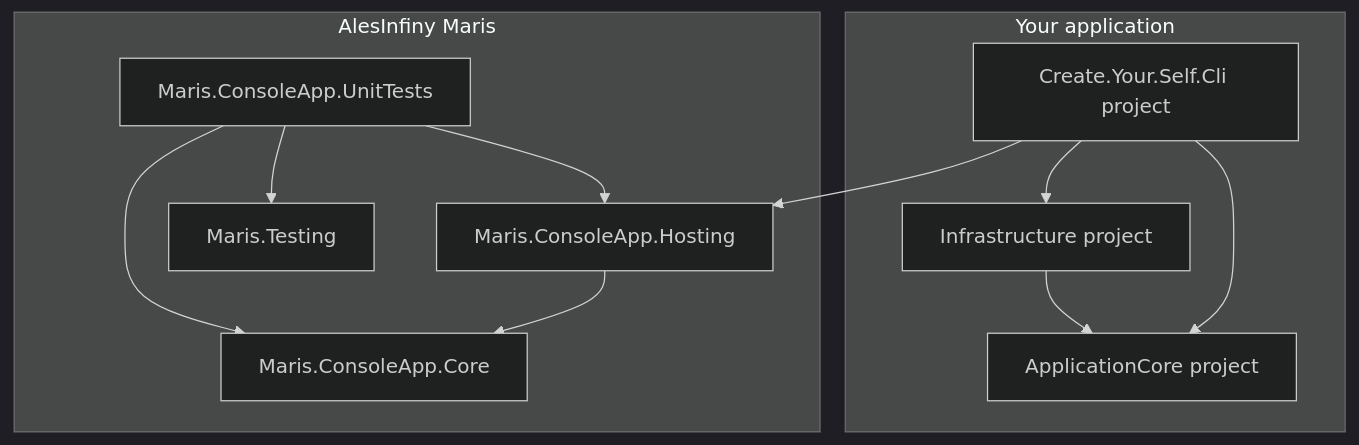
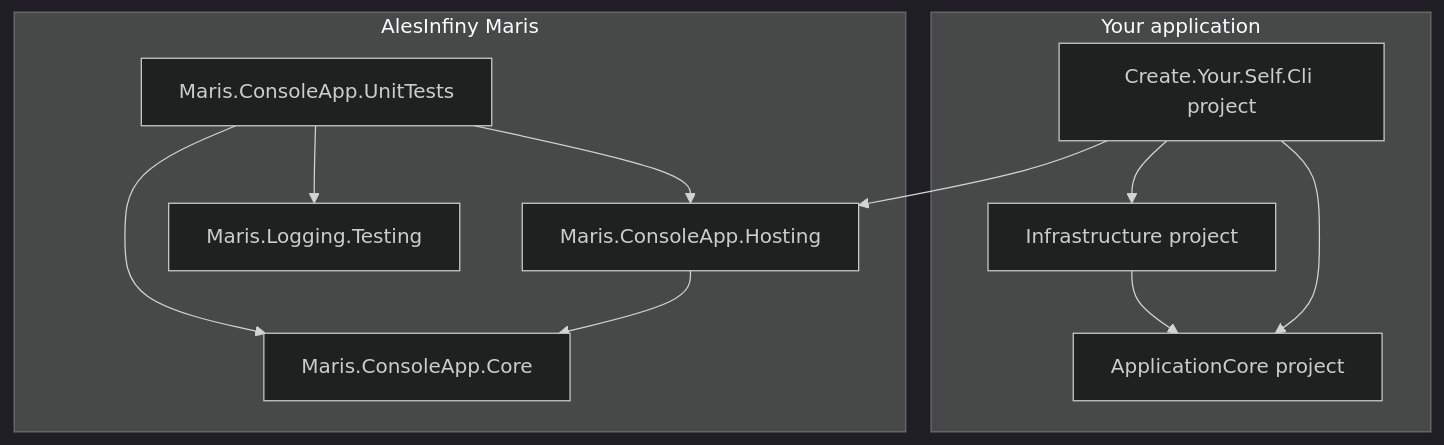
One commit to AlesInfiny/maris changed the first of 2 diagrams in samples/ConsoleAppWithDI/solution/README.md. Above: the diagram before and after it, drawn with Mermaid (dark theme). The commit also changed other lines of this file and 1 other file, not shown here.

````diff
--- a/samples/ConsoleAppWithDI/solution/README.md
+++ b/samples/ConsoleAppWithDI/solution/README.md
@@ -602,22 +602,22 @@
 ```mermaid
 flowchart TD
     Cli[Create.Your.Self.Cli project]
     Biz[ApplicationCore project]
     Infra[Infrastructure project]
     Host[Maris.ConsoleApp.Hosting]
     Core[Maris.ConsoleApp.Core]
     UnitTests[Maris.ConsoleApp.UnitTests]
-    TestLib[Maris.Testing]
+    TestLib[Maris.Logging.Testing]
     subgraph Your application
     Cli-->Biz
     Cli-->Infra
     Infra-->Biz
     end
     Cli-->Host
     subgraph AlesInfiny Maris
     Host-->Core
     UnitTests-->Core
     UnitTests-->Host
     UnitTests-->TestLib
     end
 ```
````
